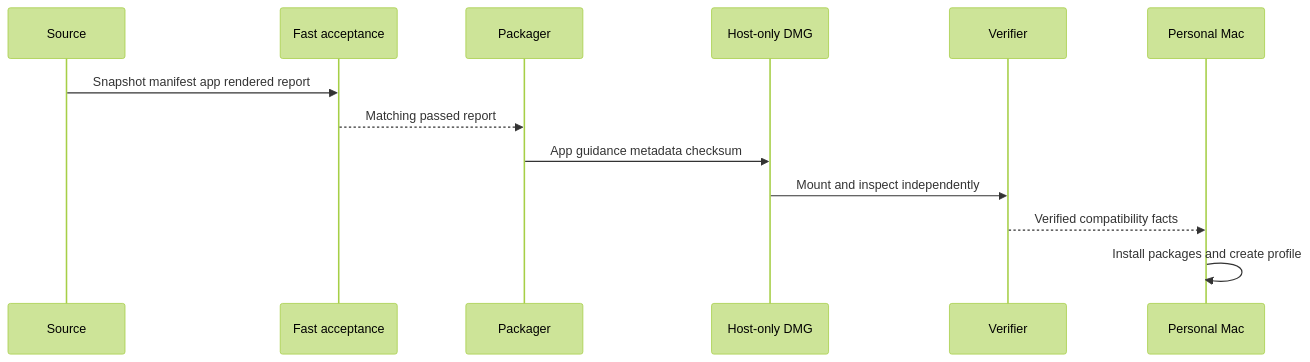
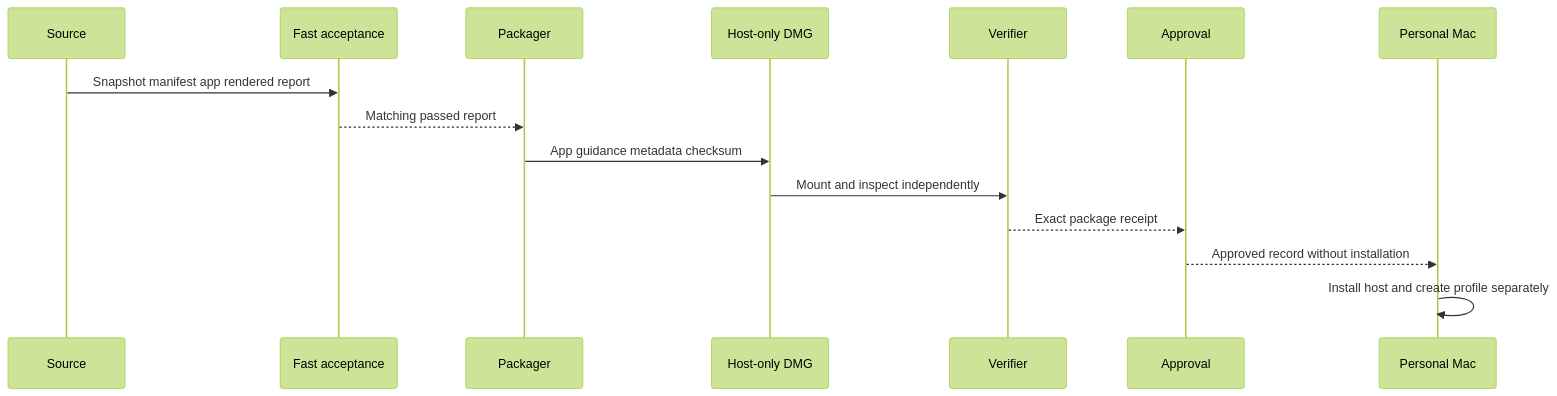
The diagram in wiki/flows/package-and-transfer-private-release.md (alexwck/dbcode-wrapper), drawn with Mermaid (forest theme) before and after one commit. The commit also changed other lines of this file and 5 other files, not shown here.

````diff
--- a/wiki/flows/package-and-transfer-private-release.md
+++ b/wiki/flows/package-and-transfer-private-release.md
@@ -24,15 +24,17 @@
 ```mermaid
 sequenceDiagram
   participant Source
   participant Accept as Fast acceptance
   participant Packager
   participant Image as Host-only DMG
   participant Verifier
+  participant Approval
   participant Target as Personal Mac
   Source->>Accept: Snapshot manifest app rendered report
   Accept-->>Packager: Matching passed report
   Packager->>Image: App guidance metadata checksum
   Image->>Verifier: Mount and inspect independently
-  Verifier-->>Target: Verified compatibility facts
-  Target->>Target: Install packages and create profile
+  Verifier-->>Approval: Exact package receipt
+  Approval-->>Target: Approved record without installation
+  Target->>Target: Install host and create profile separately
 ```
````
